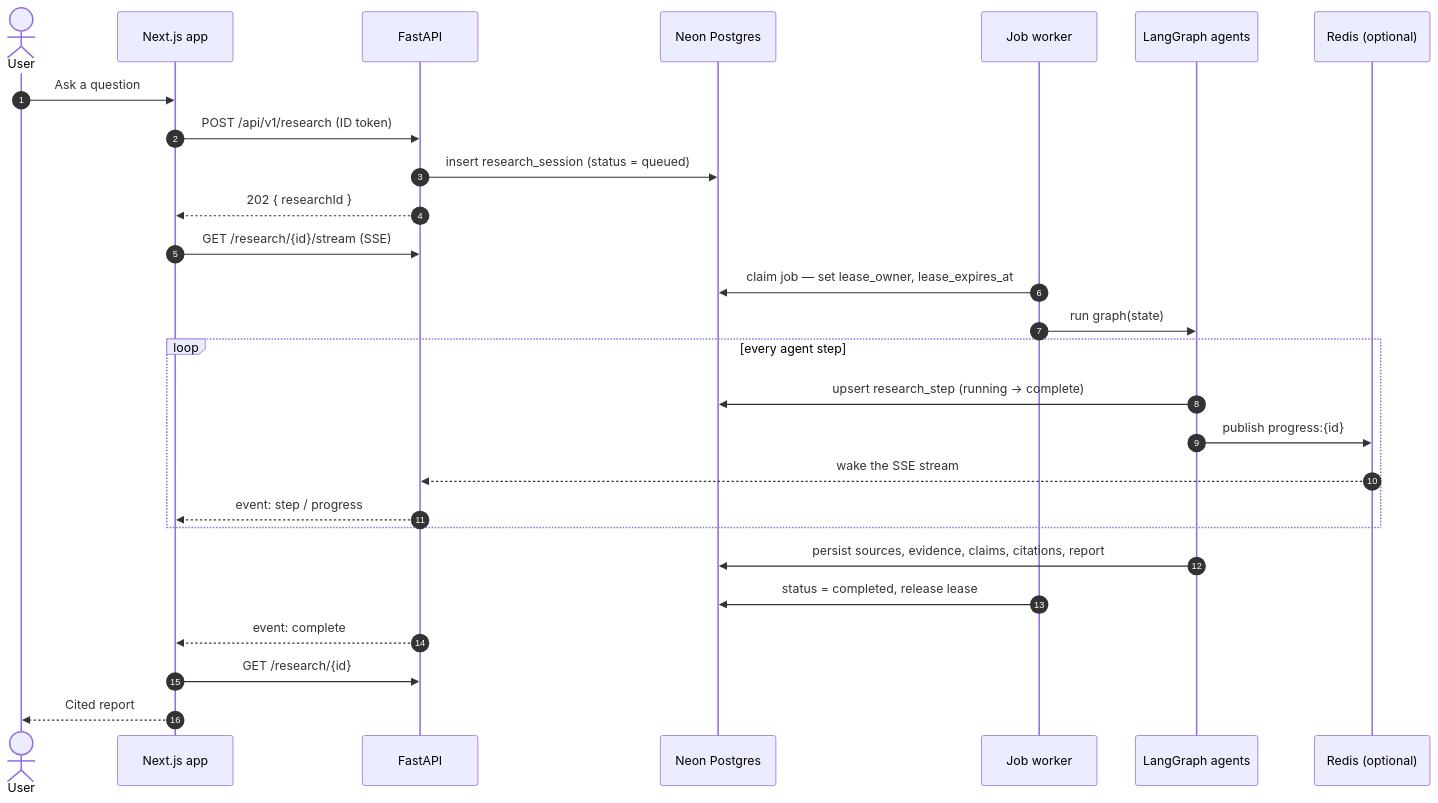
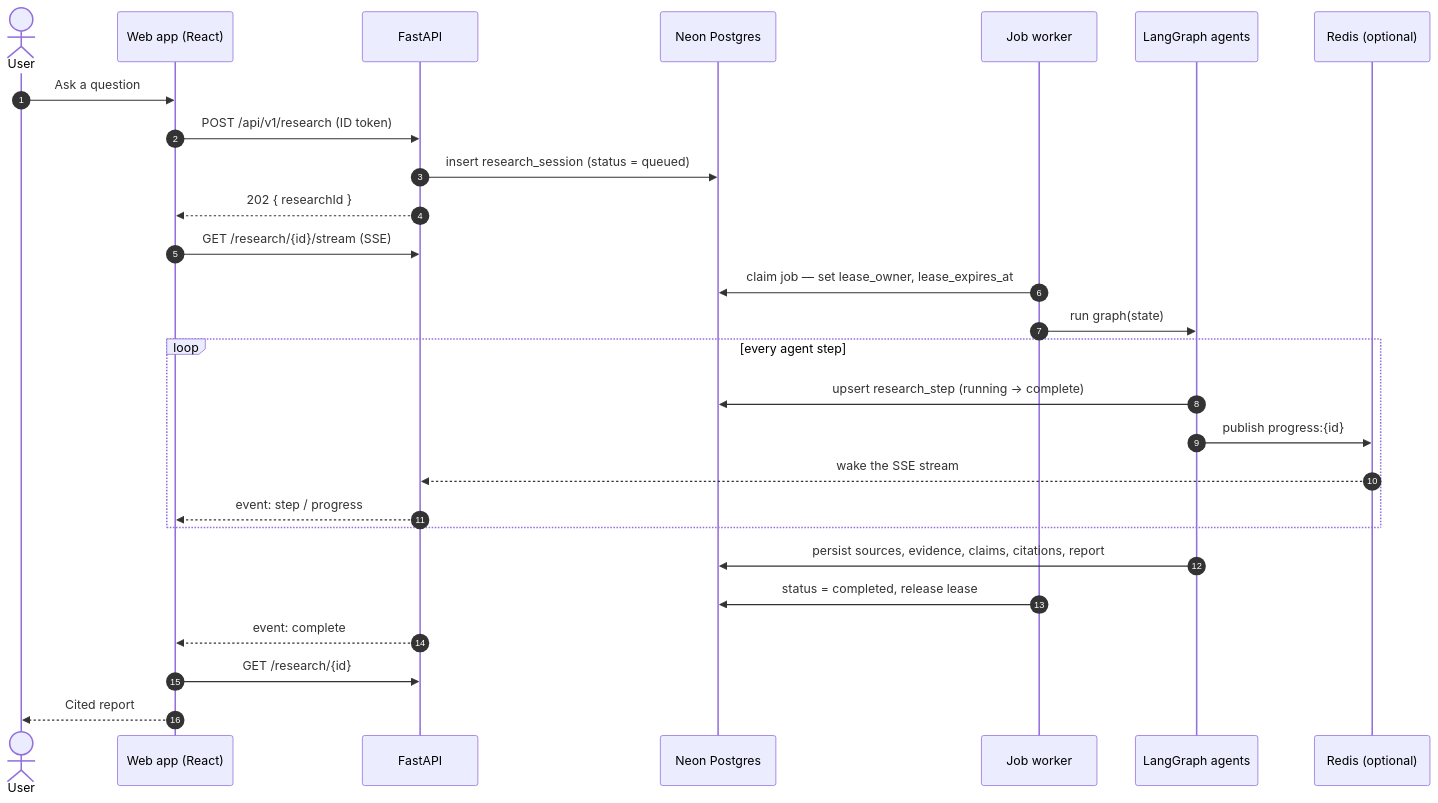
The third of 10 diagrams in README.md (Nakshatra480/Pramaan-AI), drawn with Mermaid before and after one commit. The commit also changed other lines of this file and 180 other files, not shown here.

````diff
--- a/README.md
+++ b/README.md
@@ -157,31 +162,31 @@
 ```mermaid
 sequenceDiagram
     autonumber
     actor U as User
-    participant W as Next.js app
+    participant W as Web app (React)
     participant A as FastAPI
     participant DB as Neon Postgres
     participant Q as Job worker
     participant G as LangGraph agents
     participant R as Redis (optional)
 
     U->>W: Ask a question
     W->>A: POST /api/v1/research (ID token)
     A->>DB: insert research_session (status = queued)
     A-->>W: 202 { researchId }
     W->>A: GET /research/{id}/stream (SSE)
 
     Q->>DB: claim job — set lease_owner, lease_expires_at
     Q->>G: run graph(state)
     loop every agent step
         G->>DB: upsert research_step (running → complete)
         G->>R: publish progress:{id}
         R-->>A: wake the SSE stream
         A-->>W: event: step / progress
     end
     G->>DB: persist sources, evidence, claims, citations, report
     Q->>DB: status = completed, release lease
     A-->>W: event: complete
     W->>A: GET /research/{id}
     W-->>U: Cited report
 ```
````
